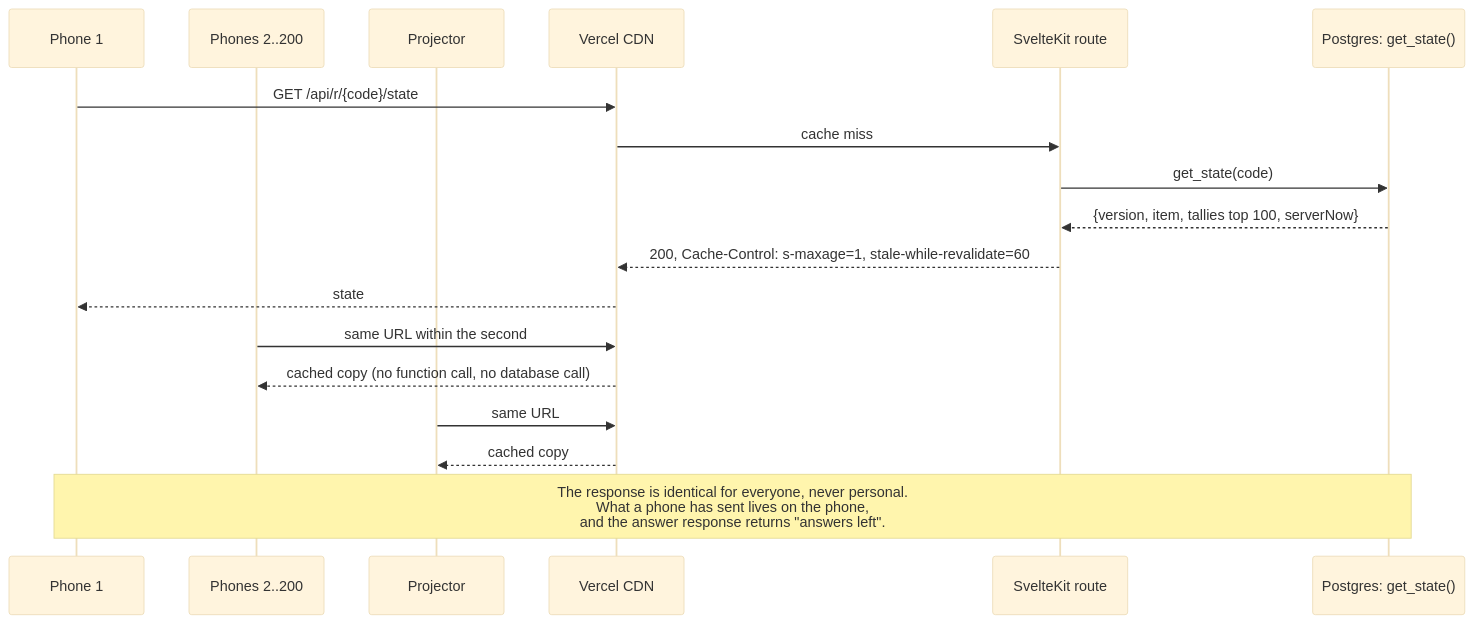
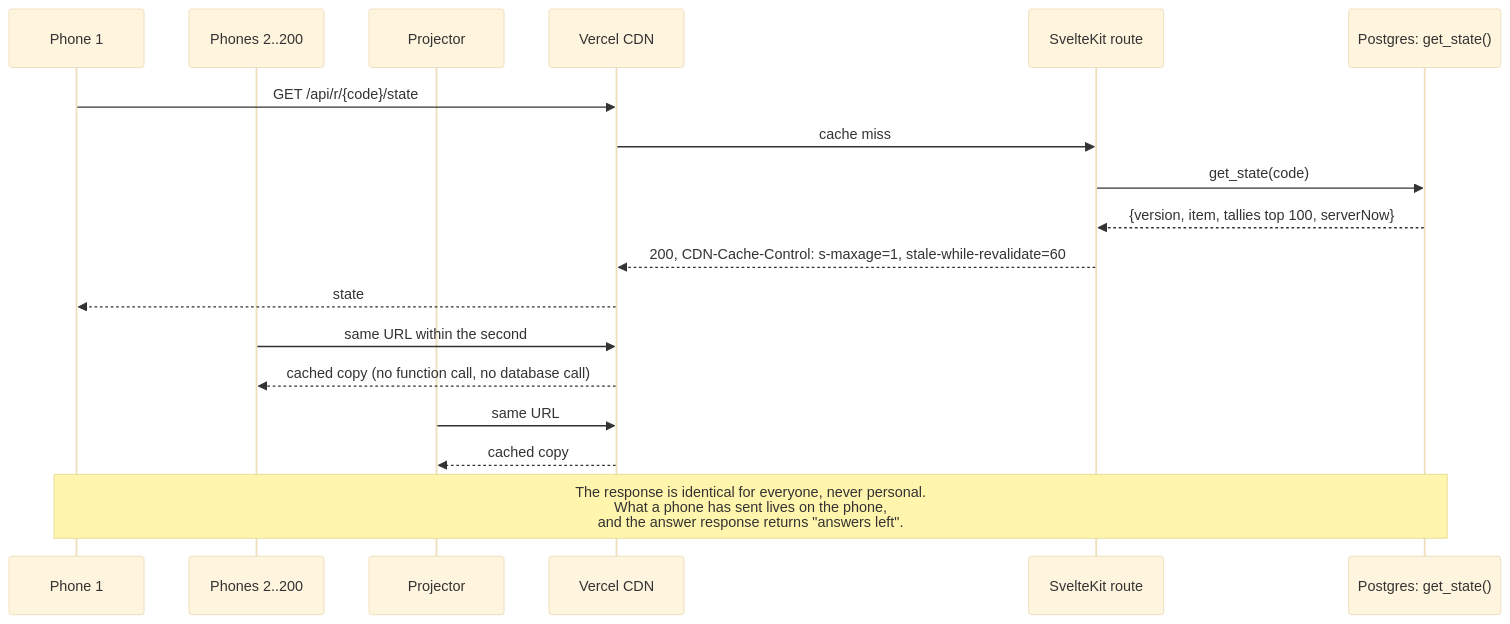
The eighth of 10 diagrams in docs/ARCHITECTURE.md (shahil1dn/volley), drawn with Mermaid (base theme) before and after one commit. The commit also changed 6 other files, not shown here.

````diff
--- a/docs/ARCHITECTURE.md
+++ b/docs/ARCHITECTURE.md
@@ -245,21 +245,21 @@
 ```mermaid
 sequenceDiagram
   participant P1 as Phone 1
   participant P2 as Phones 2..200
   participant PR as Projector
   participant CDN as Vercel CDN
   participant Fn as SvelteKit route
   participant Db as Postgres: get_state()
 
   P1->>CDN: GET /api/r/{code}/state
   CDN->>Fn: cache miss
   Fn->>Db: get_state(code)
   Db-->>Fn: {version, item, tallies top 100, serverNow}
-  Fn-->>CDN: 200, Cache-Control: s-maxage=1, stale-while-revalidate=60
+  Fn-->>CDN: 200, CDN-Cache-Control: s-maxage=1, stale-while-revalidate=60
   CDN-->>P1: state
   P2->>CDN: same URL within the second
   CDN-->>P2: cached copy (no function call, no database call)
   PR->>CDN: same URL
   CDN-->>PR: cached copy
   Note over P1,Db: The response is identical for everyone, never personal.<br/>What a phone has sent lives on the phone,<br/>and the answer response returns "answers left".
 ```
````
